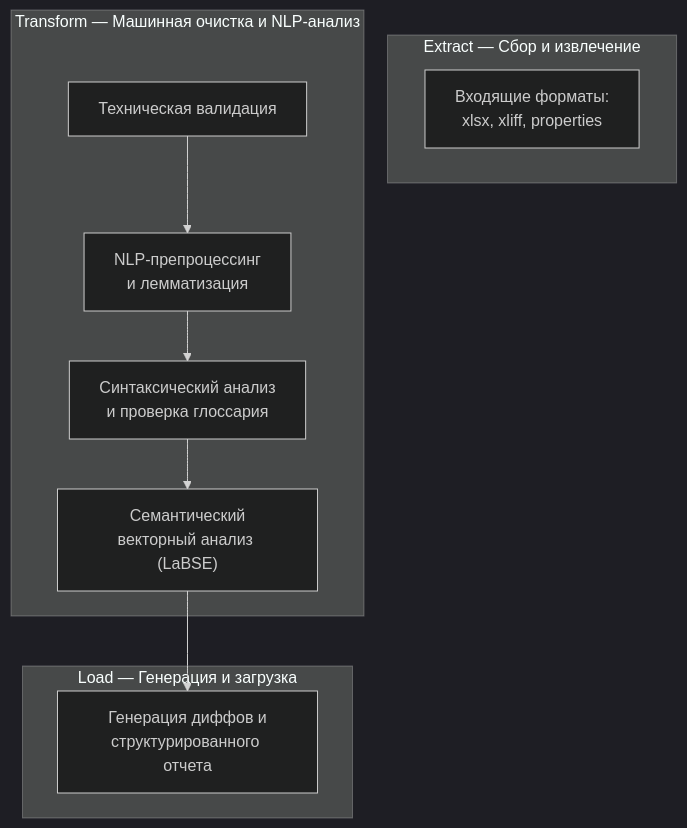
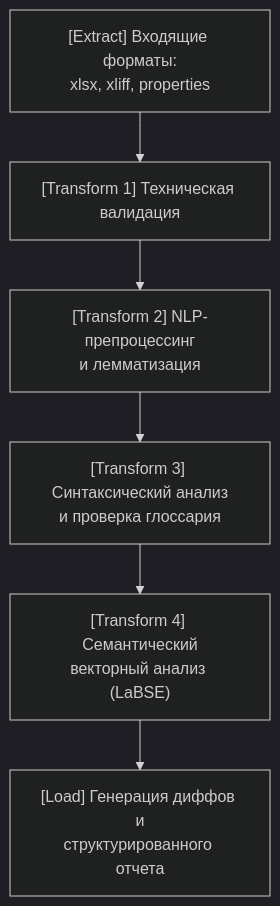
Before and after one commit to lopefre/lopefre.github.io: the diagram in docs/cases/lqa-framework.md, drawn with Mermaid (dark theme).

Commit message:
upd lqa, loc pipeline etl

````diff
--- a/docs/cases/lqa-framework.md
+++ b/docs/cases/lqa-framework.md
@@ -23,18 +23,10 @@
 ```mermaid
 graph TD
-    subgraph E [Extract — Сбор и извлечение]
-        A["Входящие форматы:<br>xlsx, xliff, properties"]
-    end
-    
-    subgraph T [Transform — Машинная очистка и NLP-анализ]
-        B["Техническая валидация"] --> C["NLP-препроцессинг<br>и лемматизация"]
-        C --> D["Синтаксический анализ<br>и проверка глоссария"]
-        D --> E1["Семантический<br>векторный анализ (LaBSE)"]
-    end
-    
-    subgraph L [Load — Генерация и загрузка]
-        E1 --> F["Генерация диффов и<br>структурированного отчета"]
-    end
+    A["[Extract] Входящие форматы:<br>xlsx, xliff, properties"] --> B["[Transform 1] Техническая валидация"]
+    B --> C["[Transform 2] NLP-препроцессинг<br>и лемматизация"]
+    C --> D["[Transform 3] Синтаксический анализ<br>и проверка глоссария"]
+    D --> E["[Transform 4] Семантический<br>векторный анализ (LaBSE)"]
+    E --> F["[Load] Генерация диффов и<br>структурированного отчета"]
 
 
 ```
````
